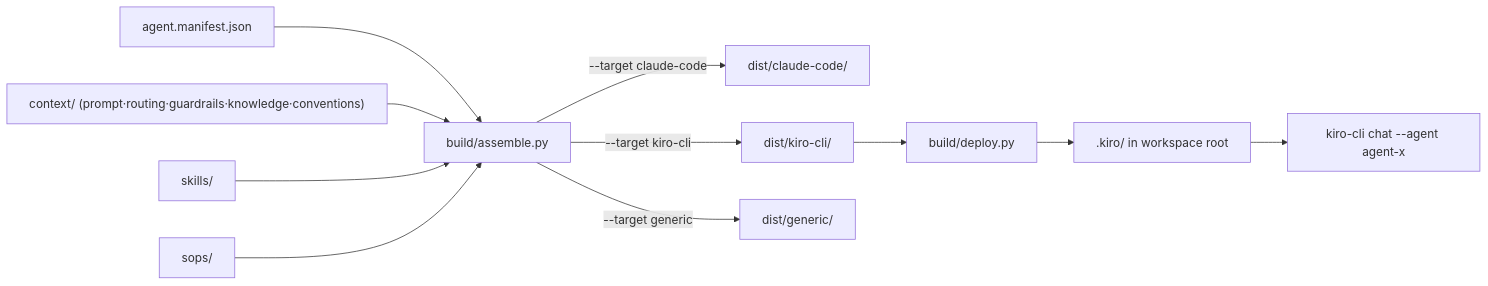
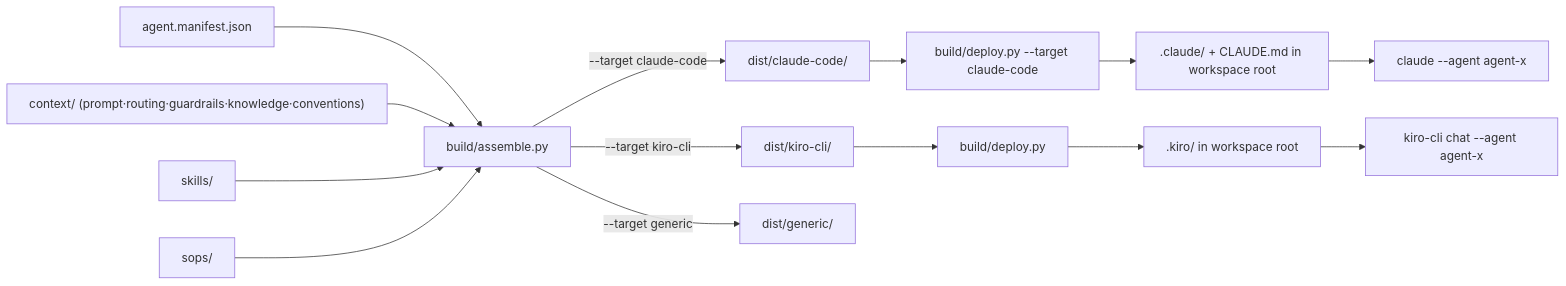
One commit to imihran/agent-x changed the first of 3 diagrams in README.md. Above: the diagram before and after it, drawn with Mermaid. The commit also changed other lines of this file and 5 other files, not shown here.

````diff
--- a/README.md
+++ b/README.md
@@ -97,15 +99,19 @@
 ```mermaid
 flowchart LR
     M["agent.manifest.json"] --> A["build/assemble.py"]
     C["context/&nbsp;(prompt·routing·guardrails·knowledge·conventions)"] --> A
     S["skills/"] --> A
     P["sops/"] --> A
 
     A -->|"--target claude-code"| D1["dist/claude-code/"]
     A -->|"--target kiro-cli"| D2["dist/kiro-cli/"]
     A -->|"--target generic"| D3["dist/generic/"]
 
     D2 --> DP["build/deploy.py"]
     DP --> K[".kiro/ in workspace root"]
     K --> KC["kiro-cli chat --agent agent-x"]
+
+    D1 --> DPC["build/deploy.py --target claude-code"]
+    DPC --> CC[".claude/ + CLAUDE.md in workspace root"]
+    CC --> CL["claude --agent agent-x"]
 ```
````
